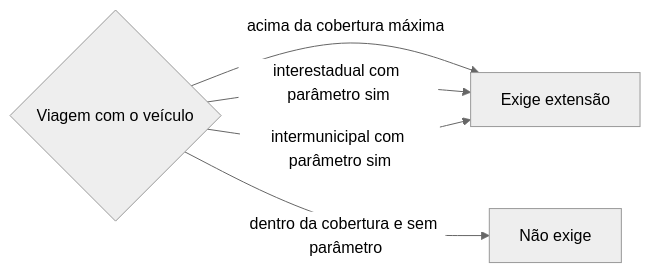
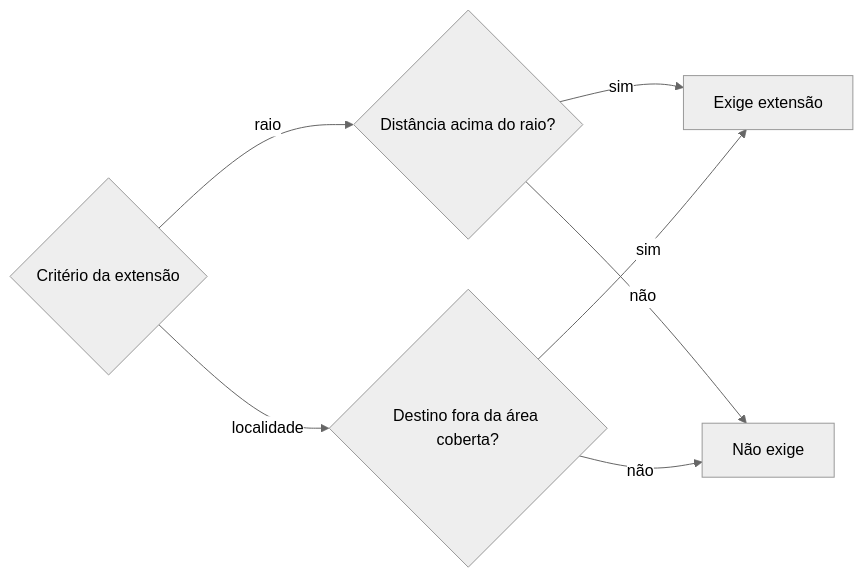
The second of 2 diagrams in .agents/skills/acompanhar-veiculo/SKILL.md (jimmyandrade/harness), drawn with Mermaid (neutral theme) before and after one commit. The commit also changed other lines of this file and 1 other file, not shown here.

Commit message:
feat(acompanhar-veiculo): choose the extension criterion by contract
Vehicle protection usually covers a radius, while insurance usually
covers a whole locality, such as the country. The interstate and
intercity flags give way to the contract's criterion: a coverage radius
in a distance unit, or a covered area (municipality, state, or country).

````diff
--- a/.agents/skills/acompanhar-veiculo/SKILL.md
+++ b/.agents/skills/acompanhar-veiculo/SKILL.md
@@ -70,7 +71,9 @@
 ```mermaid
 flowchart LR
-  V{Viagem com o veículo} -->|acima da cobertura máxima| E[Exige extensão]
-  V -->|interestadual com parâmetro sim| E
-  V -->|intermunicipal com parâmetro sim| E
-  V -->|dentro da cobertura e sem parâmetro| N[Não exige]
+  C{Critério da extensão} -->|raio| R{Distância acima do raio?}
+  C -->|localidade| L{Destino fora da área coberta?}
+  R -->|sim| E[Exige extensão]
+  L -->|sim| E
+  R -->|não| N[Não exige]
+  L -->|não| N
 ```
````
